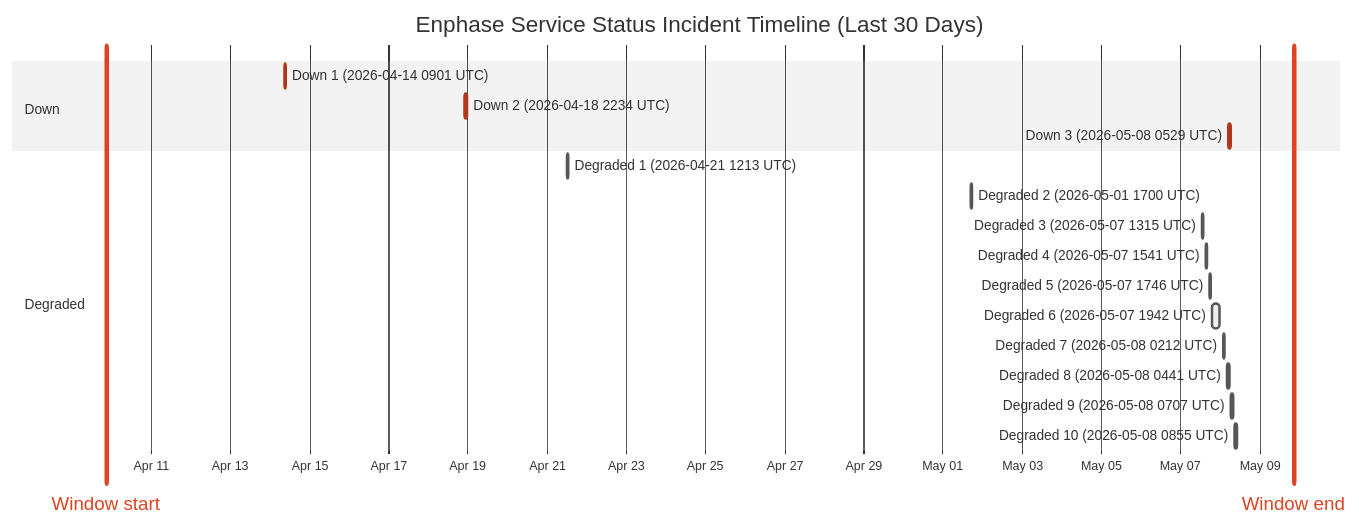
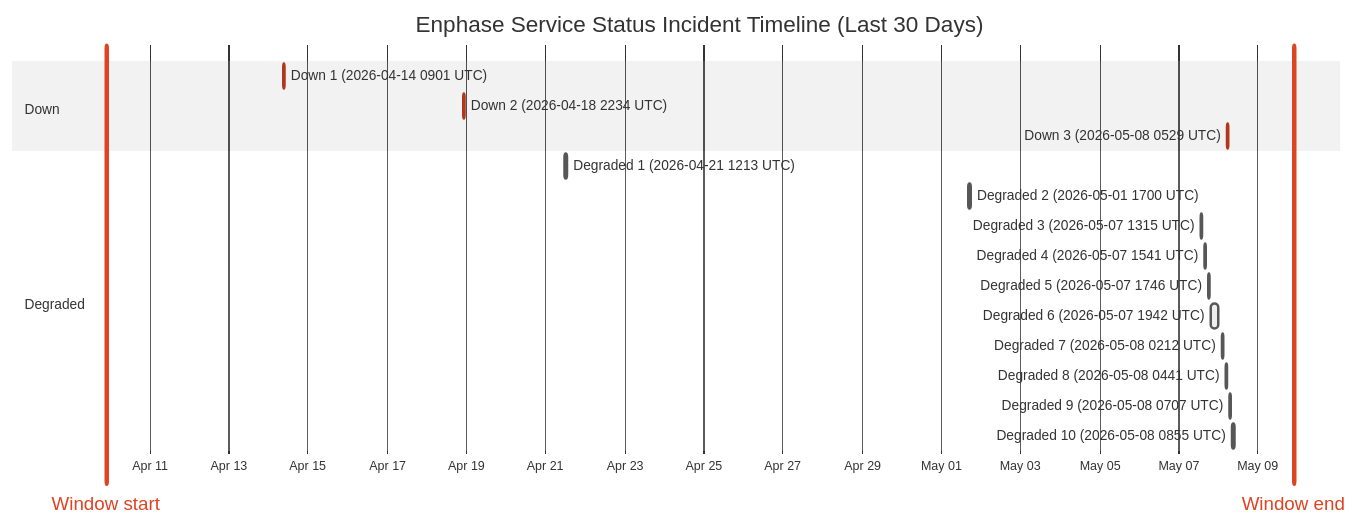
One commit to barneyonline/ha-enphase-ev-charger changed the diagram in wiki/Service-Status-History.md. Above: the diagram before and after it, drawn with Mermaid (neutral theme). The commit also changed other lines of this file and 3 other files, not shown here.

````diff
--- a/wiki/Service-Status-History.md
+++ b/wiki/Service-Status-History.md
@@ -14,23 +14,23 @@
 ```mermaid
 gantt
     title Enphase Service Status Incident Timeline (Last 30 Days)
     dateFormat  YYYY-MM-DDTHH:mm:ss
     axisFormat  %b %d
-    Window start :vert, window-start, 2026-04-09T20:41:25, 0ms
-    Window end :vert, window-end, 2026-05-09T20:41:25, 0ms
+    Window start :vert, window-start, 2026-04-09T21:41:43, 0ms
+    Window end :vert, window-end, 2026-05-09T21:41:43, 0ms
     section Down
     Down 1 (2026-04-14 0901 UTC) :crit, down-1, 2026-04-14T09:01:13, 60m
     Down 2 (2026-04-18 2234 UTC) :crit, down-2, 2026-04-18T22:34:13, 60m
     Down 3 (2026-05-08 0529 UTC) :crit, down-3, 2026-05-08T05:29:47, 60m
     section Degraded
     Degraded 1 (2026-04-21 1213 UTC) :active, degraded-1, 2026-04-21T12:13:11, 60m
     Degraded 2 (2026-05-01 1700 UTC) :active, degraded-2, 2026-05-01T17:00:22, 60m
     Degraded 3 (2026-05-07 1315 UTC) :active, degraded-3, 2026-05-07T13:15:25, 60m
     Degraded 4 (2026-05-07 1541 UTC) :active, degraded-4, 2026-05-07T15:41:58, 60m
     Degraded 5 (2026-05-07 1746 UTC) :active, degraded-5, 2026-05-07T17:46:51, 60m
     Degraded 6 (2026-05-07 1942 UTC) :active, degraded-6, 2026-05-07T19:42:10, 249m
     Degraded 7 (2026-05-08 0212 UTC) :active, degraded-7, 2026-05-08T02:12:39, 60m
     Degraded 8 (2026-05-08 0441 UTC) :active, degraded-8, 2026-05-08T04:41:46, 60m
     Degraded 9 (2026-05-08 0707 UTC) :active, degraded-9, 2026-05-08T07:07:30, 60m
     Degraded 10 (2026-05-08 0855 UTC) :active, degraded-10, 2026-05-08T08:55:20, 88m
 ```
````
